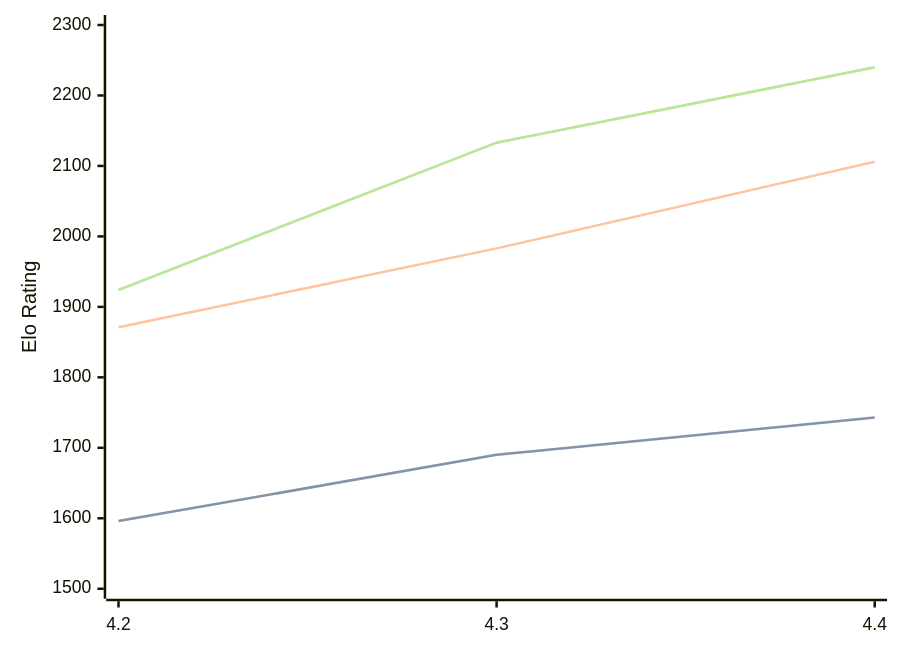
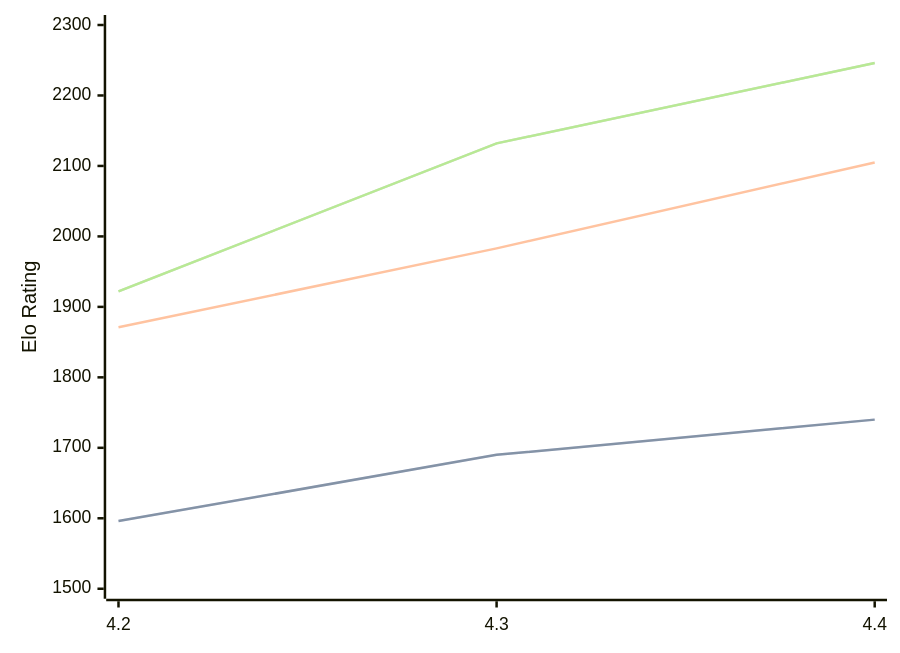
The diagram in engines/Radiance.md (computer-chess-index/cci), drawn with Mermaid before and after one commit. The commit also changed other lines of this file, not shown here.

Commit message:
Update CCI Ratings (ELO VLTC) - 2026-04-28

````diff
--- a/engines/Radiance.md
+++ b/engines/Radiance.md
@@ -36,11 +36,11 @@
 ```mermaid
 %%{init: {"theme":"base","themeVariables":{"seriesColors:['#a3a3a3','#222221','#faa371']}}}%%
 xychart-beta
   x-axis ["4.2", "4.3", "4.4"]
   y-axis "Elo Rating" 1500 --> 2300
-  line "STC (8.0+0.08s)" [1596, 1690, 1743]
-  line "STC (8.0+0.08s)" [1596, 1690, 1743]
-  line "LTC (60.0+0.60s)" [1871, 1983, 2106]
-  line "VLTC (2m24s+1.12s)" [1924, 2133, 2240]
-  line "VLTC (2m24s+1.12s)" [1924, 2133, 2240]
+  line "STC (8.0+0.08s)" [1596, 1690, 1740]
+  line "STC (8.0+0.08s)" [1596, 1690, 1740]
+  line "LTC (60.0+0.60s)" [1871, 1983, 2105]
+  line "VLTC (2m24s+1.12s)" [1922, 2132, 2246]
+  line "VLTC (2m24s+1.12s)" [1922, 2132, 2246]
 ```
````
